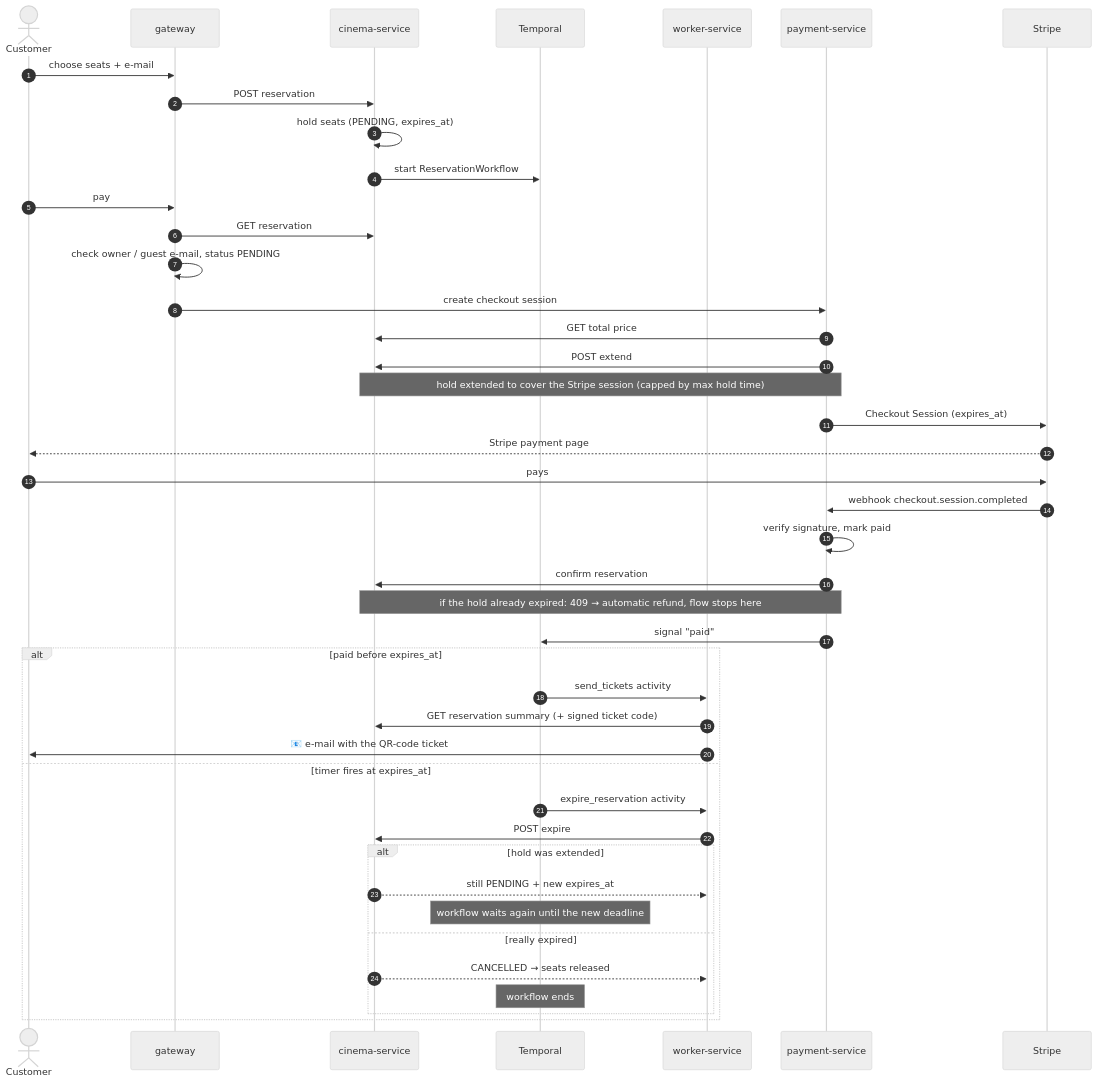
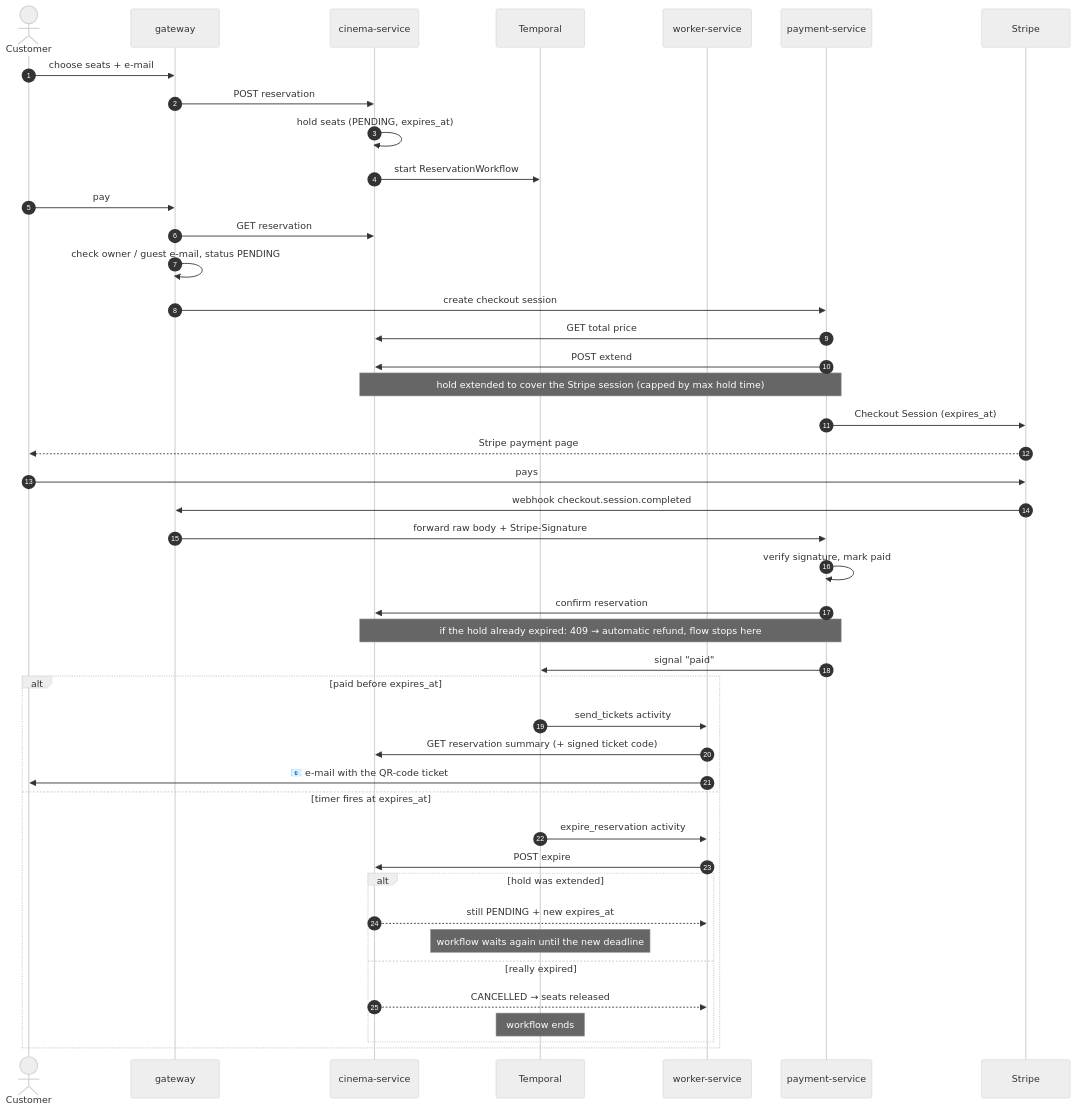
The second of 3 diagrams in README.md (damiankowalczykdk/cinema-reservation-system), drawn with Mermaid (neutral theme) before and after one commit. The commit also changed other lines of this file and 8 other files, not shown here.

````diff
--- a/README.md
+++ b/README.md
@@ -137,47 +150,48 @@
 ```mermaid
 sequenceDiagram
     autonumber
     actor U as Customer
     participant G as gateway
     participant C as cinema-service
     participant T as Temporal
     participant W as worker-service
     participant P as payment-service
     participant S as Stripe
 
     U->>G: choose seats + e-mail
     G->>C: POST reservation
     C->>C: hold seats (PENDING, expires_at)
     C->>T: start ReservationWorkflow
     U->>G: pay
     G->>C: GET reservation
     G->>G: check owner / guest e-mail, status PENDING
     G->>P: create checkout session
     P->>C: GET total price
     P->>C: POST extend
     Note over P,C: hold extended to cover the Stripe session (capped by max hold time)
     P->>S: Checkout Session (expires_at)
     S-->>U: Stripe payment page
     U->>S: pays
-    S->>P: webhook checkout.session.completed
+    S->>G: webhook checkout.session.completed
+    G->>P: forward raw body + Stripe-Signature
     P->>P: verify signature, mark paid
     P->>C: confirm reservation
     Note over P,C: if the hold already expired: 409 → automatic refund, flow stops here
     P->>T: signal "paid"
 
     alt paid before expires_at
         T->>W: send_tickets activity
         W->>C: GET reservation summary (+ signed ticket code)
         W->>U: 📧 e-mail with the QR-code ticket
     else timer fires at expires_at
         T->>W: expire_reservation activity
         W->>C: POST expire
         alt hold was extended
             C-->>W: still PENDING + new expires_at
             Note over T: workflow waits again until the new deadline
         else really expired
             C-->>W: CANCELLED → seats released
             Note over T: workflow ends
         end
     end
 ```
````
